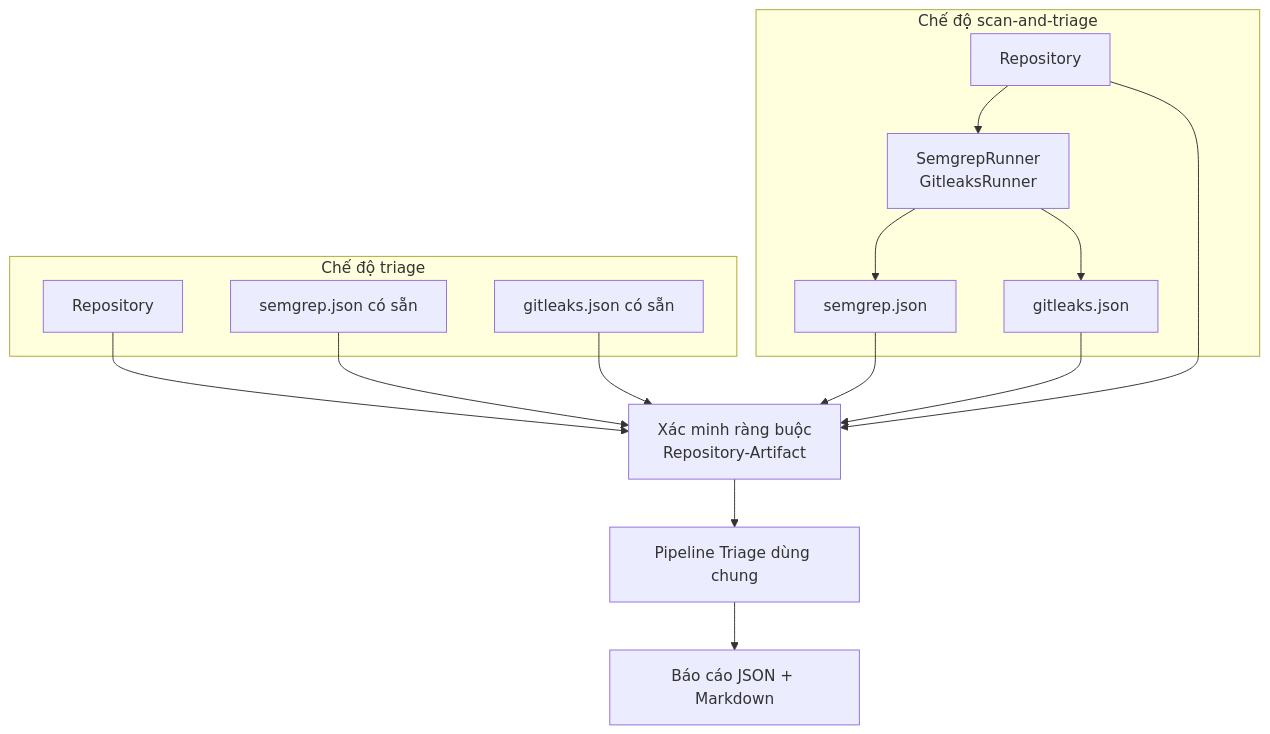
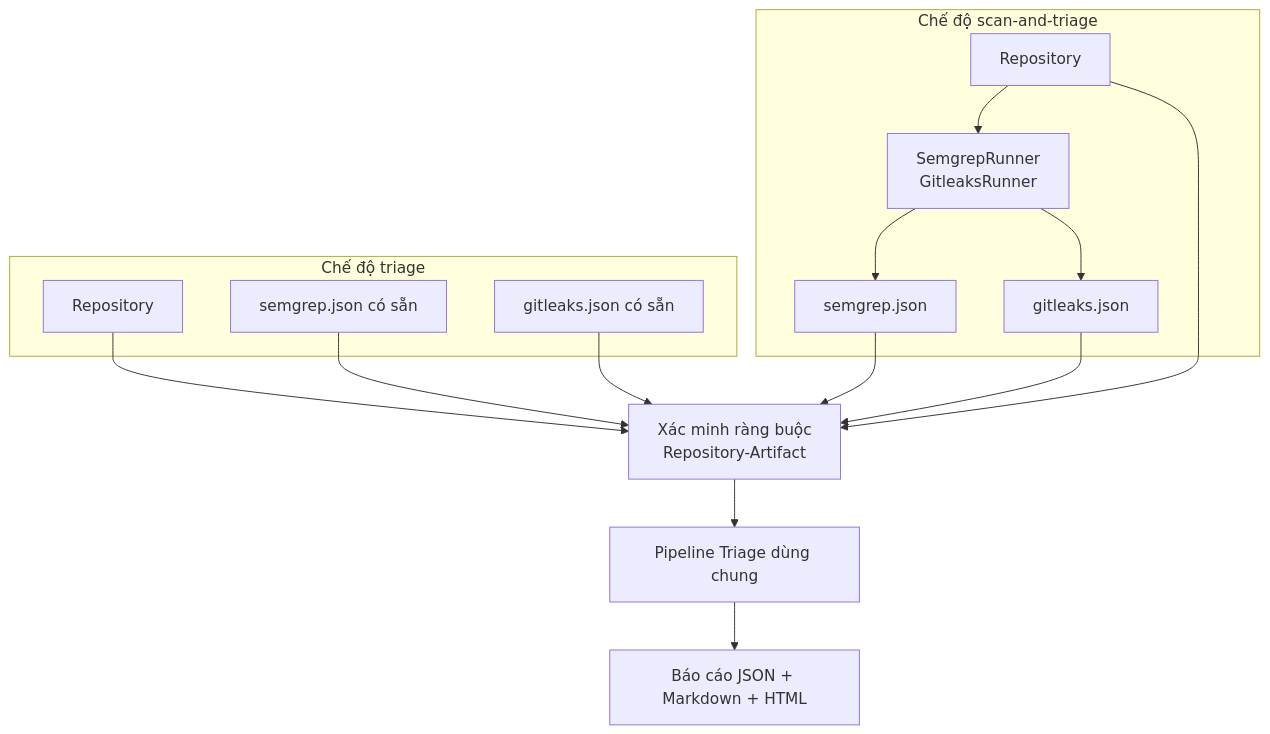
The second of 3 diagrams in docs/architecture.md (cunghande/LLM-Augmented-SAST-Triage-Logic-Bug-Detection-Platform), drawn with Mermaid before and after one commit. The commit also changed other lines of this file and 32 other files, not shown here.

````diff
--- a/docs/architecture.md
+++ b/docs/architecture.md
@@ -38,24 +39,24 @@
 ```mermaid
 flowchart TD
     subgraph scan_and_triage["Chế độ scan-and-triage"]
         R2["Repository"] --> RUNNERS["SemgrepRunner\nGitleaksRunner"]
         RUNNERS --> A2_S["semgrep.json"]
         RUNNERS --> A2_G["gitleaks.json"]
     end
 
     subgraph triage_mode["Chế độ triage"]
         R1["Repository"]
         A1_S["semgrep.json có sẵn"]
         A1_G["gitleaks.json có sẵn"]
     end
 
     A2_S --> VERIFY["Xác minh ràng buộc\nRepository-Artifact"]
     A2_G --> VERIFY
     A1_S --> VERIFY
     A1_G --> VERIFY
     R1 --> VERIFY
     R2 --> VERIFY
 
     VERIFY --> SHARED["Pipeline Triage dùng chung"]
-    SHARED --> REPORTS["Báo cáo JSON + Markdown"]
+    SHARED --> REPORTS["Báo cáo JSON + Markdown + HTML"]
 ```
````
